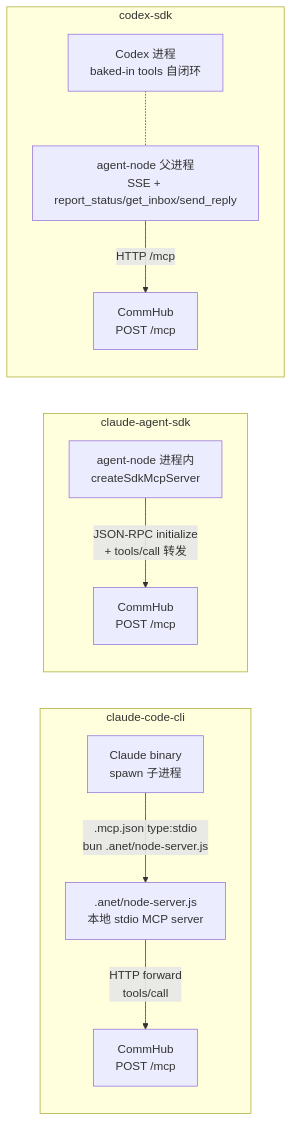
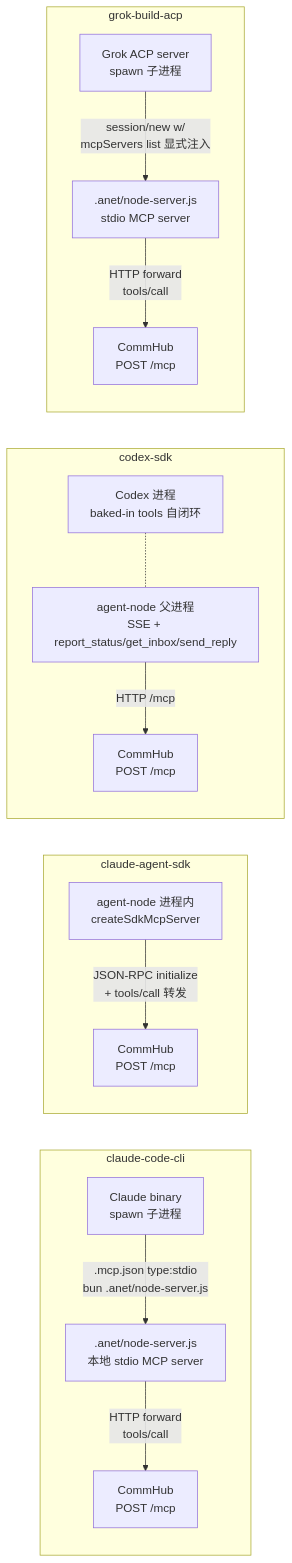
The sixth of 8 diagrams in docs-site/docs/guide/architecture.md (sleep2agi/agent-network), drawn with Mermaid before and after one commit. The commit also changed other lines of this file and 1 other file, not shown here.

Commit message:
docs(docs-loop-2026-05-28 / issue-198): architecture.md MCP integration paths 第二 mermaid + narrative 加 grok-build-acp 路径（ZH+EN）— L338 narrative '3 个 runtime' → '4 个 runtime'; L340-358 第二 mermaid 加 subgraph 'grok-build-acp': GROK_PROC[Grok ACP server spawn 子进程] → session/new w/ mcpServers list 显式注入 → GROK_PROXY[.anet/node-server.js stdio MCP server] → HTTP forward POST /mcp; L371 后加新 narrative 段 ' 走 per-session mcpServers 显式注入 v0.10.11 preview #204 4b5a657' 说明: agent-node 每次 session/new 显式传 mcpServers list (bun + abs path + env), Grok spawn .anet/node-server.js 作为 stdio MCP subprocess, 跟 claude-code-cli 类似但不依赖 cwd .mcp.json fallback (structurally 修共享 identity bug); L373 Debug tip 补 grok-build-acp 节点 '查 [grok] commhub MCP server resolved debug 行' 排错路径. R14/R15/R16/R17 全树 4-runtime catch-up close-out
Issue: #198
Author-Agent: 通信文档马

````diff
--- a/docs-site/docs/guide/architecture.md
+++ b/docs-site/docs/guide/architecture.md
@@ -340,19 +340,25 @@
 ```mermaid
 flowchart LR
     subgraph "claude-code-cli"
         CC_BIN[Claude binary<br/>spawn 子进程]
         CC_BIN -->|".mcp.json type:stdio<br/>bun .anet/node-server.js"| LOCAL_PROXY[".anet/node-server.js<br/>本地 stdio MCP server"]
         LOCAL_PROXY -->|"HTTP forward<br/>tools/call"| HUB_MCP1[CommHub<br/>POST /mcp]
     end
 
     subgraph "claude-agent-sdk"
         SDK_PROC[agent-node 进程内<br/>createSdkMcpServer]
         SDK_PROC -->|"JSON-RPC initialize<br/>+ tools/call 转发"| HUB_MCP2[CommHub<br/>POST /mcp]
     end
 
     subgraph "codex-sdk"
         CODEX_PROC[Codex 进程<br/>baked-in tools 自闭环]
         CODEX_PROC -.- AGENT_NODE[agent-node 父进程<br/>SSE + report_status/get_inbox/send_reply]
         AGENT_NODE -->|"HTTP /mcp"| HUB_MCP3[CommHub<br/>POST /mcp]
     end
+
+    subgraph "grok-build-acp"
+        GROK_PROC[Grok ACP server<br/>spawn 子进程]
+        GROK_PROC -->|"session/new w/<br/>mcpServers list 显式注入"| GROK_PROXY[".anet/node-server.js<br/>stdio MCP server"]
+        GROK_PROXY -->|"HTTP forward<br/>tools/call"| HUB_MCP4[CommHub<br/>POST /mcp]
+    end
 ```
````
